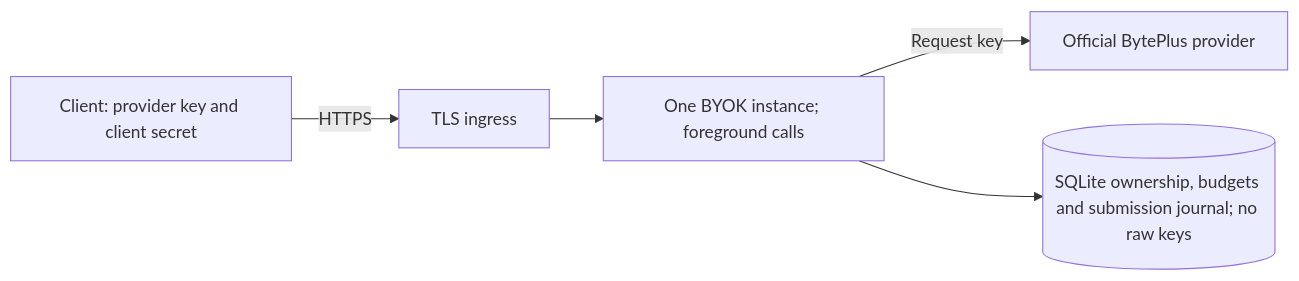
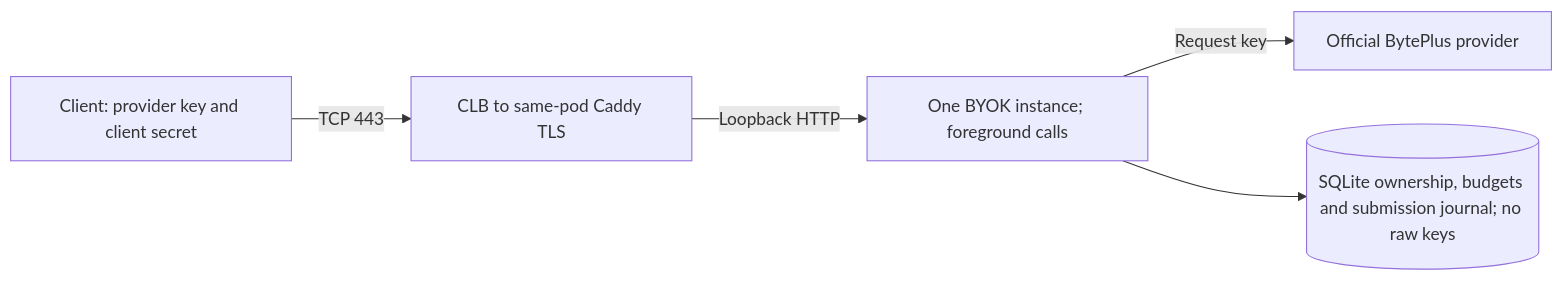
Before and after one commit to byteplus-sa/seed-mcp: the diagram in docs/self-hosting.md, drawn with Mermaid. The commit also changed other lines of this file and 274 other files, not shown here.

````diff
--- a/docs/self-hosting.md
+++ b/docs/self-hosting.md
@@ -59,7 +98,7 @@
 ```mermaid
 flowchart LR
-    Client["Client: provider key and client secret"] -->|HTTPS| Ingress["TLS ingress"]
-    Ingress --> Server["One BYOK instance; foreground calls"]
+    Client["Client: provider key and client secret"] -->|TCP 443| Ingress["CLB to same-pod Caddy TLS"]
+    Ingress -->|Loopback HTTP| Server["One BYOK instance; foreground calls"]
     Server -->|Request key| Provider["Official BytePlus provider"]
     Server --> State[("SQLite ownership, budgets and submission journal; no raw keys")]
 ```
````
